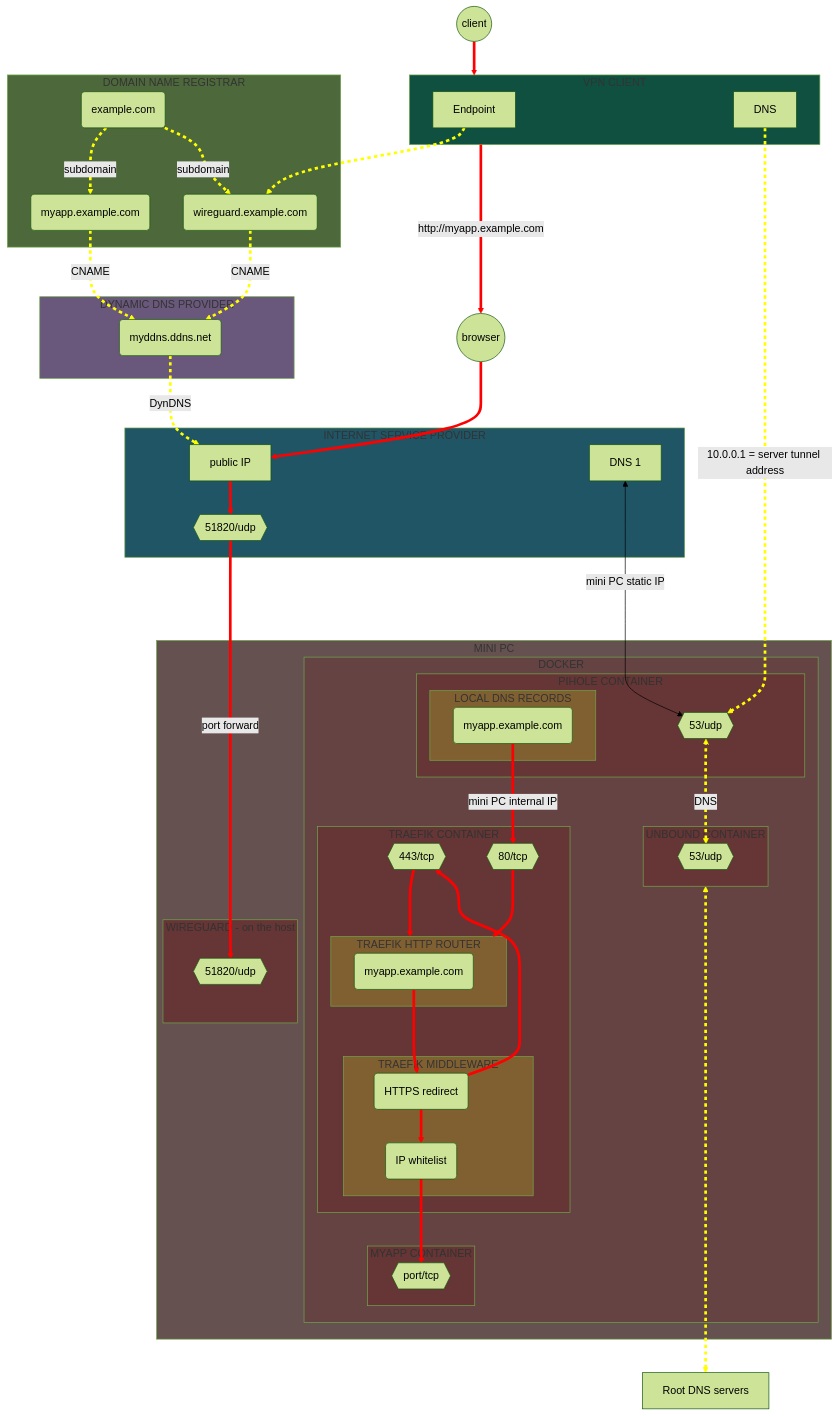
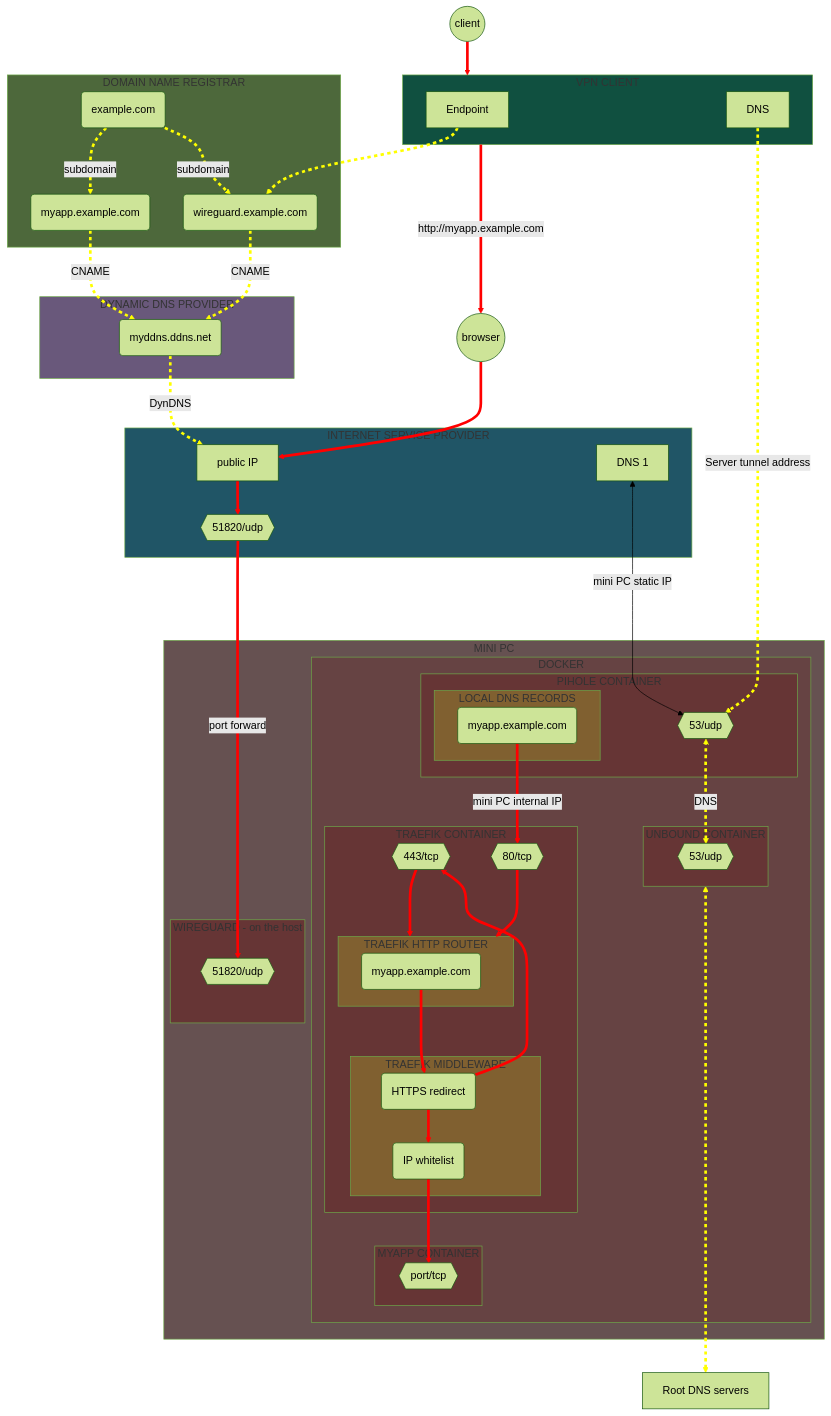
The ninth of 24 diagrams in README.md (Yann39/self-hosted-n100), drawn with Mermaid (forest theme) before and after one commit. The commit also changed other lines of this file and 9 other files, not shown here.

```diff
--- a/README.md
+++ b/README.md
@@ -2218,7 +2340,7 @@
 
     CLIENT((client)) --> VPN_CLIENT
     WIREGUARD_CLIENT_ENDPOINT --> SUBDOMAIN_WIREGUARD
-    WIREGUARD_CLIENT_DNS -->|10.0.0.1 = server tunnel address| DOCKER_PIHOLE_PORT53
+    WIREGUARD_CLIENT_DNS -->|Server tunnel address| DOCKER_PIHOLE_PORT53
     VPN_CLIENT -->|" http://myapp.example.com "| BROWSER
     BROWSER((browser)) --> ROUTER_PUBLIC_IP
     DOMAIN -->|subdomain| SUBDOMAIN_MYAPP
```
